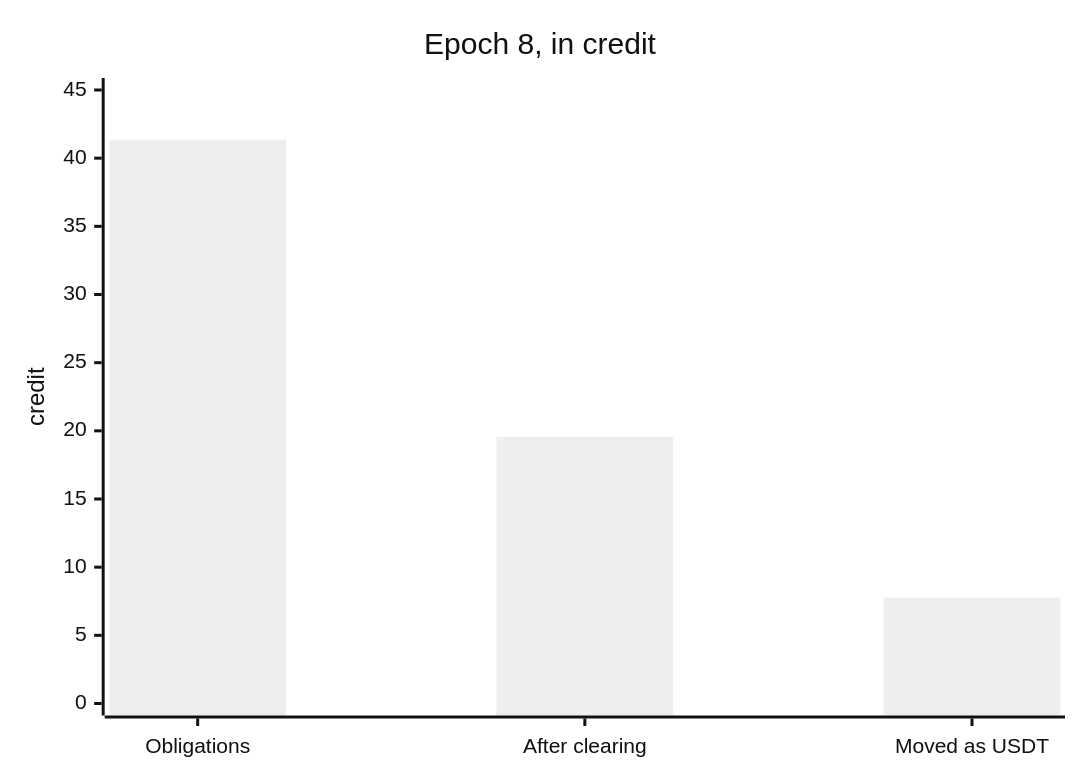
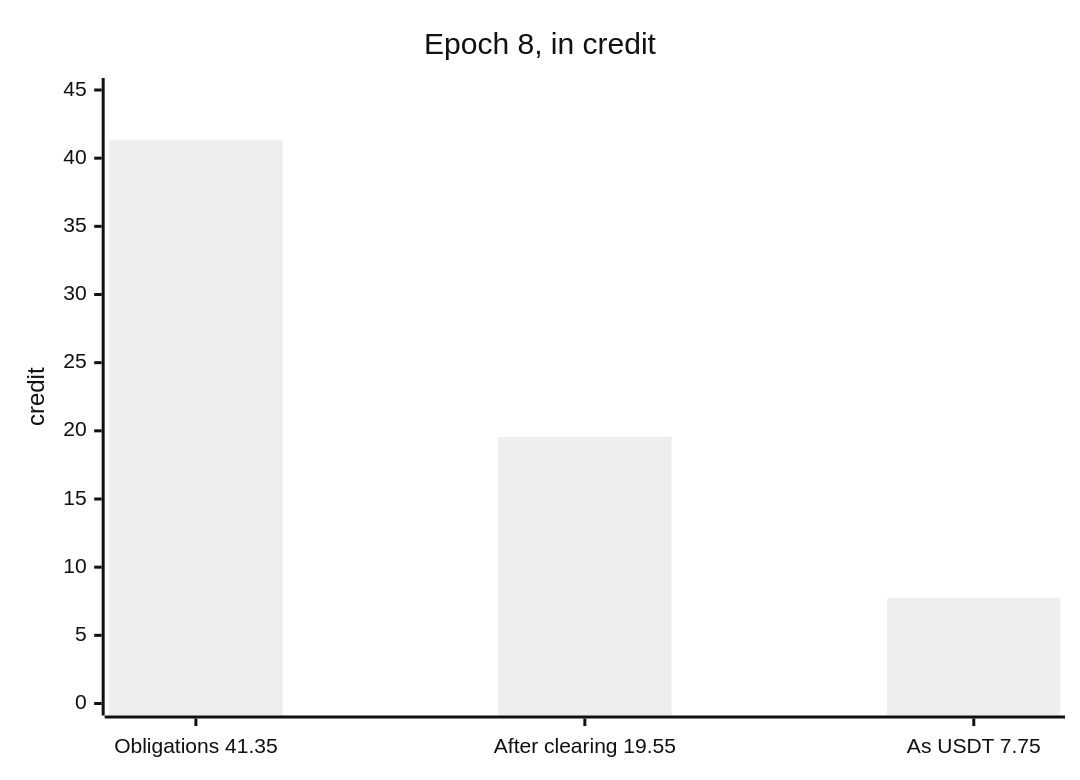
One commit to x207-labs/x207 changed the second of 2 diagrams in README.md. Above: the diagram before and after it, drawn with Mermaid (neutral theme). The commit also changed other lines of this file and 1 other file, not shown here.

Commit message:
UM-117: README compact (213 to 141 lines), sequence, state and data-flow diagrams move to docs/architecture.md

````diff
--- a/README.md
+++ b/README.md
@@ -124,7 +60,7 @@
 ```mermaid
 xychart-beta
   title "Epoch 8, in credit"
-  x-axis ["Obligations", "After clearing", "Moved as USDT"]
+  x-axis ["Obligations 41.35", "After clearing 19.55", "As USDT 7.75"]
   y-axis "credit" 0 --> 45
   bar [41.35, 19.55, 7.75]
 ```
````
